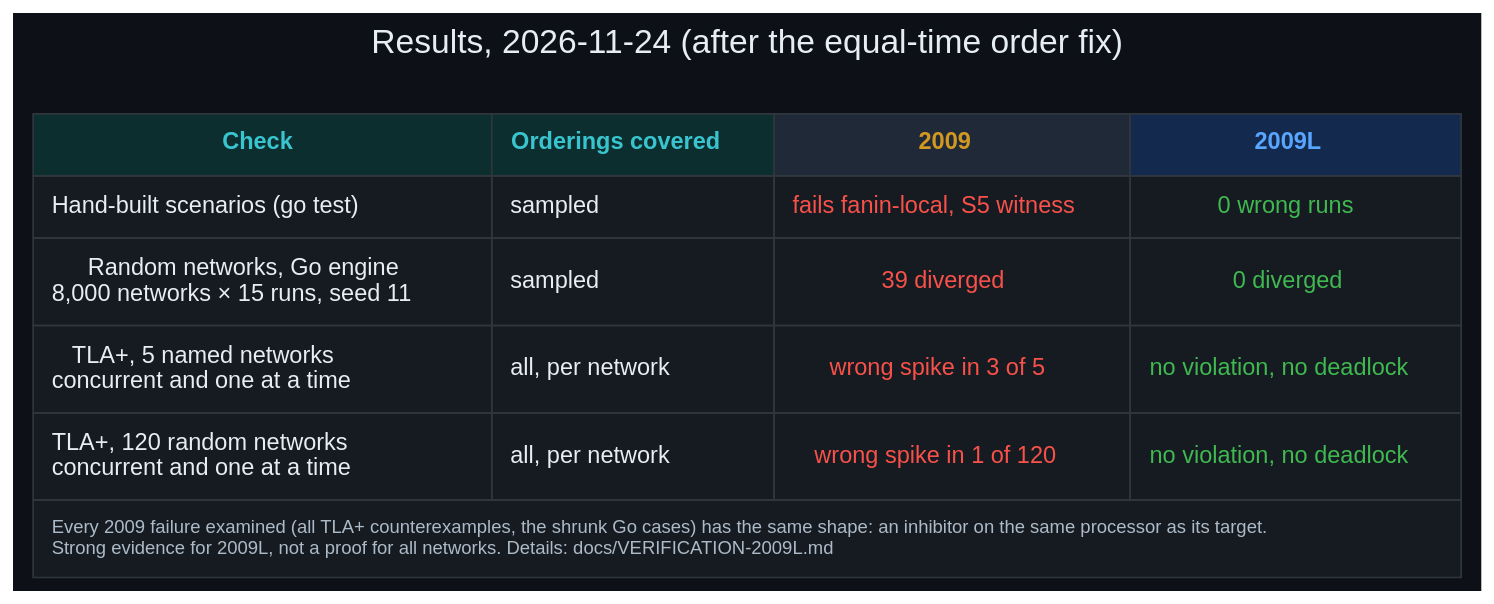
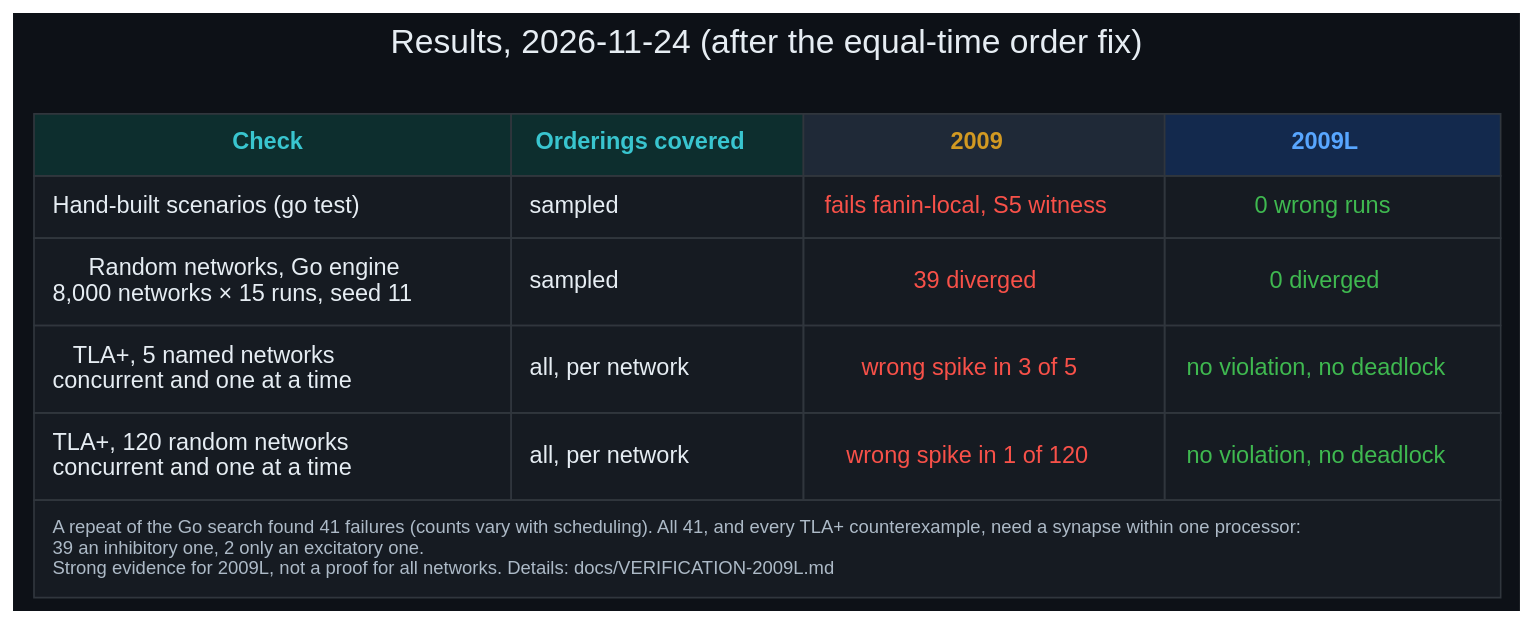
Before and after one commit to danindiana/go_damned: the diagram in diagrams/2026-11-24-verification/07_results_matrix.dot, drawn with Graphviz. The commit also changed 6 other files, not shown here.

First line of the commit message:
Classify every 2009 failure: the defect is any late local impact

```diff
--- a/diagrams/2026-11-24-verification/07_results_matrix.dot
+++ b/diagrams/2026-11-24-verification/07_results_matrix.dot
@@ -1,42 +1,42 @@
 digraph results_matrix {
     graph [bgcolor="#0d1117", fontname="Helvetica", fontcolor="#e6edf3",
            labelloc="t", fontsize=20, label="Results, 2026-11-24 (after the equal-time order fix)\n "];
     node  [fontname="Helvetica", fontcolor="#e6edf3", shape=plaintext];
 
     t [label=<
 <TABLE BORDER="0" CELLBORDER="1" CELLSPACING="0" CELLPADDING="10" COLOR="#30363d" BGCOLOR="#161b22">
   <TR>
     <TD BGCOLOR="#0d2e2e"><FONT COLOR="#39c5cf"><B>Check</B></FONT></TD>
     <TD BGCOLOR="#0d2e2e"><FONT COLOR="#39c5cf"><B>Orderings covered</B></FONT></TD>
     <TD BGCOLOR="#1f2937"><FONT COLOR="#d29922"><B>2009</B></FONT></TD>
     <TD BGCOLOR="#13294d"><FONT COLOR="#58a6ff"><B>2009L</B></FONT></TD>
   </TR>
   <TR>
     <TD ALIGN="LEFT">Hand-built scenarios (go test)</TD>
     <TD ALIGN="LEFT">sampled</TD>
     <TD><FONT COLOR="#f85149">fails fanin-local, S5 witness</FONT></TD>
     <TD><FONT COLOR="#3fb950">0 wrong runs</FONT></TD>
   </TR>
   <TR>
     <TD ALIGN="LEFT">Random networks, Go engine<BR/>8,000 networks × 15 runs, seed 11</TD>
     <TD ALIGN="LEFT">sampled</TD>
     <TD><FONT COLOR="#f85149">39 diverged</FONT></TD>
     <TD><FONT COLOR="#3fb950">0 diverged</FONT></TD>
   </TR>
   <TR>
     <TD ALIGN="LEFT">TLA+, 5 named networks<BR/>concurrent and one at a time</TD>
     <TD ALIGN="LEFT">all, per network</TD>
     <TD><FONT COLOR="#f85149">wrong spike in 3 of 5</FONT></TD>
     <TD><FONT COLOR="#3fb950">no violation, no deadlock</FONT></TD>
   </TR>
   <TR>
     <TD ALIGN="LEFT">TLA+, 120 random networks<BR/>concurrent and one at a time</TD>
     <TD ALIGN="LEFT">all, per network</TD>
     <TD><FONT COLOR="#f85149">wrong spike in 1 of 120</FONT></TD>
     <TD><FONT COLOR="#3fb950">no violation, no deadlock</FONT></TD>
   </TR>
   <TR>
-    <TD ALIGN="LEFT" COLSPAN="4"><FONT COLOR="#adbac7" POINT-SIZE="11">Every 2009 failure examined (all TLA+ counterexamples, the shrunk Go cases) has the same shape: an inhibitor on the same processor as its target.<BR ALIGN="LEFT"/>Strong evidence for 2009L, not a proof for all networks. Details: docs/VERIFICATION-2009L.md<BR ALIGN="LEFT"/></FONT></TD>
+    <TD ALIGN="LEFT" COLSPAN="4"><FONT COLOR="#adbac7" POINT-SIZE="11">A repeat of the Go search found 41 failures (counts vary with scheduling). All 41, and every TLA+ counterexample, need a synapse within one processor:<BR ALIGN="LEFT"/>39 an inhibitory one, 2 only an excitatory one.<BR ALIGN="LEFT"/>Strong evidence for 2009L, not a proof for all networks. Details: docs/VERIFICATION-2009L.md<BR ALIGN="LEFT"/></FONT></TD>
   </TR>
 </TABLE>>];
 }
```
